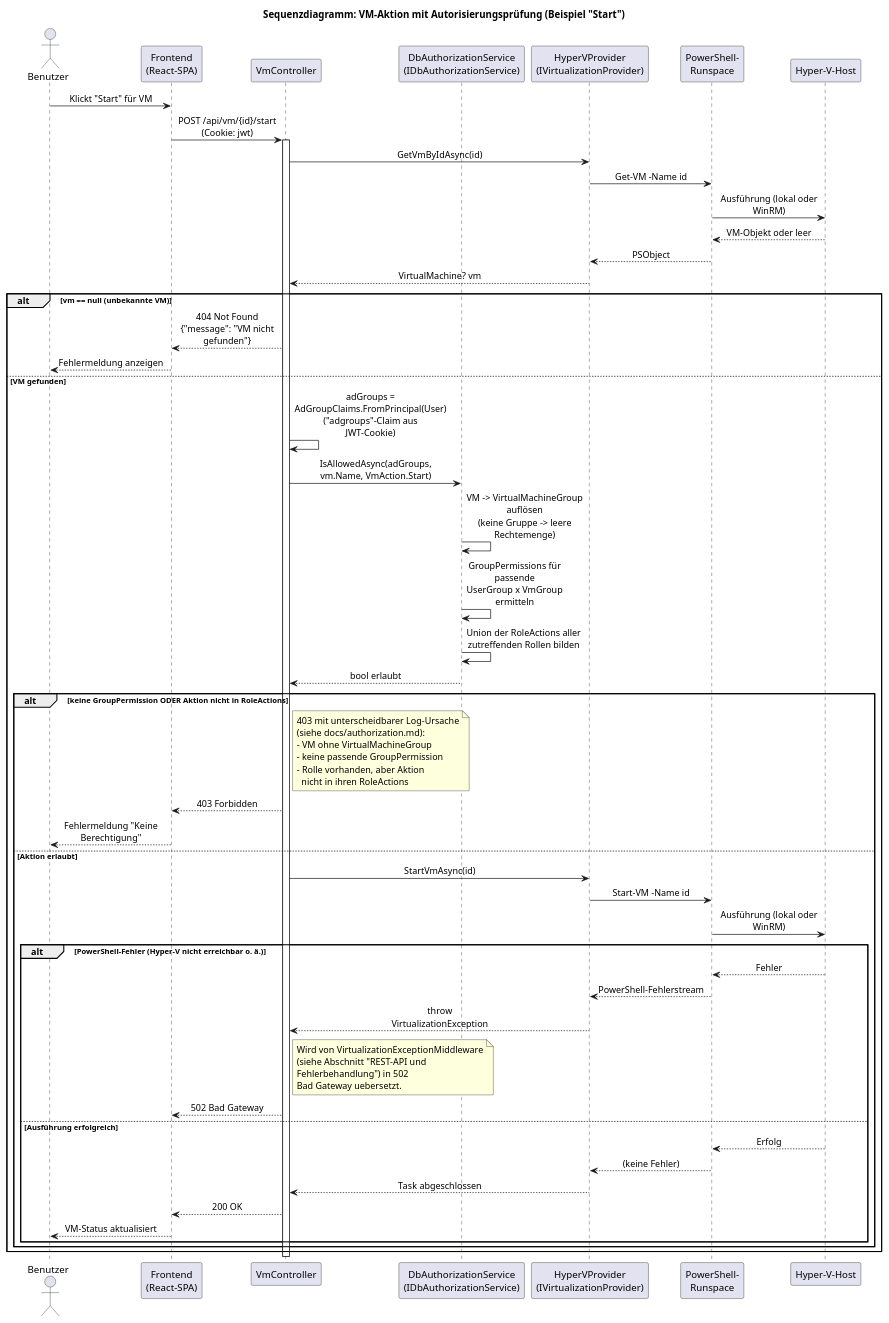
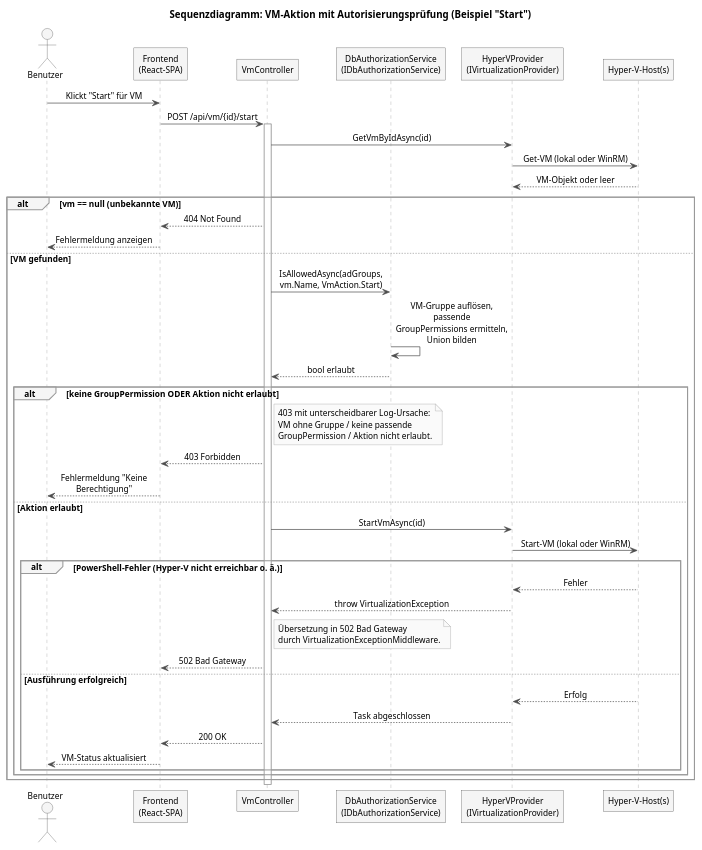
One commit to mikaildhbw/vm-portal changed the diagram in thesis/diagrams/sequenz_vm_aktion_autorisierung.puml. Above: the diagram before and after it, drawn with PlantUML. The commit also changed 19 other files, not shown here.

```diff
--- a/thesis/diagrams/sequenz_vm_aktion_autorisierung.puml
+++ b/thesis/diagrams/sequenz_vm_aktion_autorisierung.puml
@@ -1,80 +1,82 @@
 @startuml sequenz_vm_aktion_autorisierung
 title Sequenzdiagramm: VM-Aktion mit Autorisierungsprüfung (Beispiel "Start")
 
 skinparam backgroundColor white
+skinparam shadowing false
+skinparam roundCorner 0
+skinparam defaultFontSize 12
 skinparam sequenceMessageAlign center
 skinparam maxMessageSize 170
+skinparam sequence {
+  ParticipantBackgroundColor #F5F5F5
+  ParticipantBorderColor #4D4D4D
+  ActorBackgroundColor #F5F5F5
+  ActorBorderColor #4D4D4D
+  LifeLineBorderColor #999999
+  ArrowColor #4D4D4D
+  GroupBackgroundColor #F5F5F5
+  GroupBorderColor #999999
+}
+skinparam note {
+  BackgroundColor #FAFAFA
+  BorderColor #999999
+}
 
 actor Benutzer
 participant "Frontend\n(React-SPA)" as Frontend
 participant "VmController" as VmController
 participant "DbAuthorizationService\n(IDbAuthorizationService)" as DbAuth
 participant "HyperVProvider\n(IVirtualizationProvider)" as HyperVProvider
-participant "PowerShell-\nRunspace" as Runspace
-participant "Hyper-V-Host" as HyperV
+participant "Hyper-V-Host(s)" as HyperV
 
 Benutzer -> Frontend : Klickt "Start" für VM
-Frontend -> VmController : POST /api/vm/{id}/start\n(Cookie: jwt)
+Frontend -> VmController : POST /api/vm/{id}/start
 activate VmController
 
 VmController -> HyperVProvider : GetVmByIdAsync(id)
-HyperVProvider -> Runspace : Get-VM -Name id
-Runspace -> HyperV : Ausführung (lokal oder WinRM)
-HyperV --> Runspace : VM-Objekt oder leer
-Runspace --> HyperVProvider : PSObject
-HyperVProvider --> VmController : VirtualMachine? vm
+HyperVProvider -> HyperV : Get-VM (lokal oder WinRM)
+HyperV --> HyperVProvider : VM-Objekt oder leer
 
 alt vm == null (unbekannte VM)
-  VmController --> Frontend : 404 Not Found\n{"message": "VM nicht gefunden"}
+  VmController --> Frontend : 404 Not Found
   Frontend --> Benutzer : Fehlermeldung anzeigen
 
 else VM gefunden
 
-  VmController -> VmController : adGroups = AdGroupClaims.FromPrincipal(User)\n("adgroups"-Claim aus JWT-Cookie)
   VmController -> DbAuth : IsAllowedAsync(adGroups, vm.Name, VmAction.Start)
-  DbAuth -> DbAuth : VM -> VirtualMachineGroup auflösen\n(keine Gruppe -> leere Rechtemenge)
-  DbAuth -> DbAuth : GroupPermissions für passende\nUserGroup x VmGroup ermitteln
-  DbAuth -> DbAuth : Union der RoleActions aller\nzutreffenden Rollen bilden
+  DbAuth -> DbAuth : VM-Gruppe auflösen, passende\nGroupPermissions ermitteln, Union bilden
   DbAuth --> VmController : bool erlaubt
 
-  alt keine GroupPermission ODER Aktion nicht in RoleActions
+  alt keine GroupPermission ODER Aktion nicht erlaubt
     note right of VmController
-      403 mit unterscheidbarer Log-Ursache
-      (siehe docs/authorization.md):
-      - VM ohne VirtualMachineGroup
-      - keine passende GroupPermission
-      - Rolle vorhanden, aber Aktion
-        nicht in ihren RoleActions
+      403 mit unterscheidbarer Log-Ursache:
+      VM ohne Gruppe / keine passende
+      GroupPermission / Aktion nicht erlaubt.
     end note
     VmController --> Frontend : 403 Forbidden
     Frontend --> Benutzer : Fehlermeldung "Keine Berechtigung"
 
   else Aktion erlaubt
     VmController -> HyperVProvider : StartVmAsync(id)
-    HyperVProvider -> Runspace : Start-VM -Name id
-    Runspace -> HyperV : Ausführung (lokal oder WinRM)
+    HyperVProvider -> HyperV : Start-VM (lokal oder WinRM)
 
     alt PowerShell-Fehler (Hyper-V nicht erreichbar o. ä.)
-      HyperV --> Runspace : Fehler
-      Runspace --> HyperVProvider : PowerShell-Fehlerstream
+      HyperV --> HyperVProvider : Fehler
       HyperVProvider --> VmController : throw VirtualizationException
       note right of VmController
-        Wird von VirtualizationExceptionMiddleware
-        (siehe Abschnitt "REST-API und
-        Fehlerbehandlung") in 502
-        Bad Gateway uebersetzt.
+        Übersetzung in 502 Bad Gateway
+        durch VirtualizationExceptionMiddleware.
       end note
       VmController --> Frontend : 502 Bad Gateway
 
     else Ausführung erfolgreich
-      HyperV --> Runspace : Erfolg
-      Runspace --> HyperVProvider : (keine Fehler)
+      HyperV --> HyperVProvider : Erfolg
       HyperVProvider --> VmController : Task abgeschlossen
       VmController --> Frontend : 200 OK
       Frontend --> Benutzer : VM-Status aktualisiert
     end
   end
 end
 deactivate VmController
 
 @enduml
```
